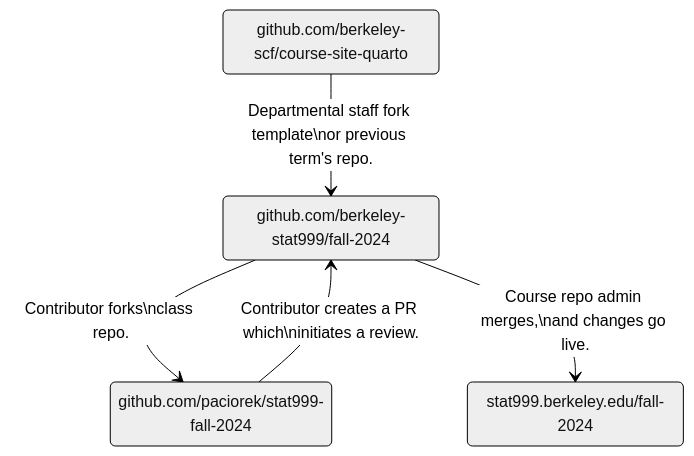
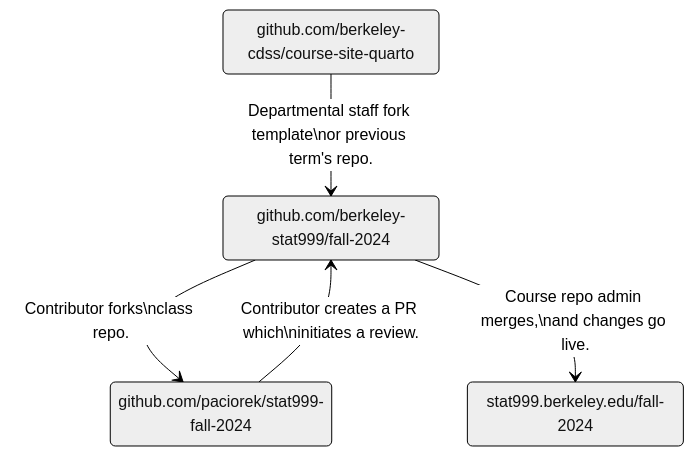
Before and after one commit to berkeley-cdss/course-site-quarto: the second of 2 diagrams in README.md, drawn with Mermaid (neutral theme). The commit also changed other lines of this file and 2 other files, not shown here.

Commit message:
Replace berkeley-scf with berkeley-cdss.

````diff
--- a/README.md
+++ b/README.md
@@ -55,15 +55,15 @@
 ```mermaid
 %% State diagram documentation at
 %% https://mermaid.js.org/syntax/stateDiagram.html
 
 stateDiagram-v2
-    repo_template: github.com/berkeley-scf/course-site-quarto
+    repo_template: github.com/berkeley-cdss/course-site-quarto
     repo_dept: github.com/berkeley-stat999/fall-2024
     repo_i: github.com/paciorek/stat999-fall-2024
     website_dept: stat999.berkeley.edu/fall-2024
 
     repo_template --> repo_dept: Departmental staff fork template\nor previous term's repo.
     repo_dept --> repo_i: Contributor forks\nclass repo.
     repo_i --> repo_dept: Contributor creates a PR which\ninitiates a review.
     repo_dept --> website_dept: Course repo admin merges,\nand changes go live.
 ```
````
